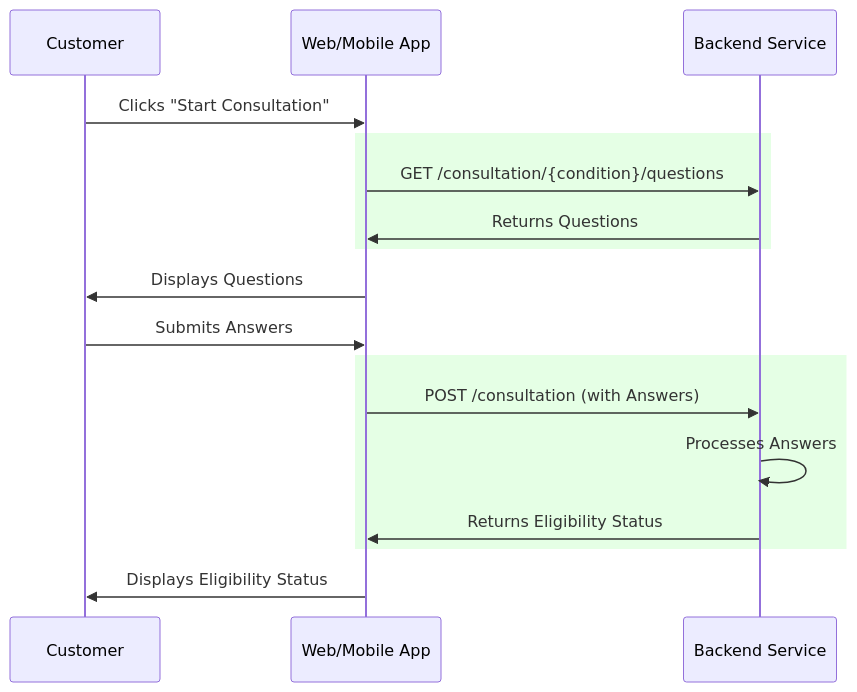
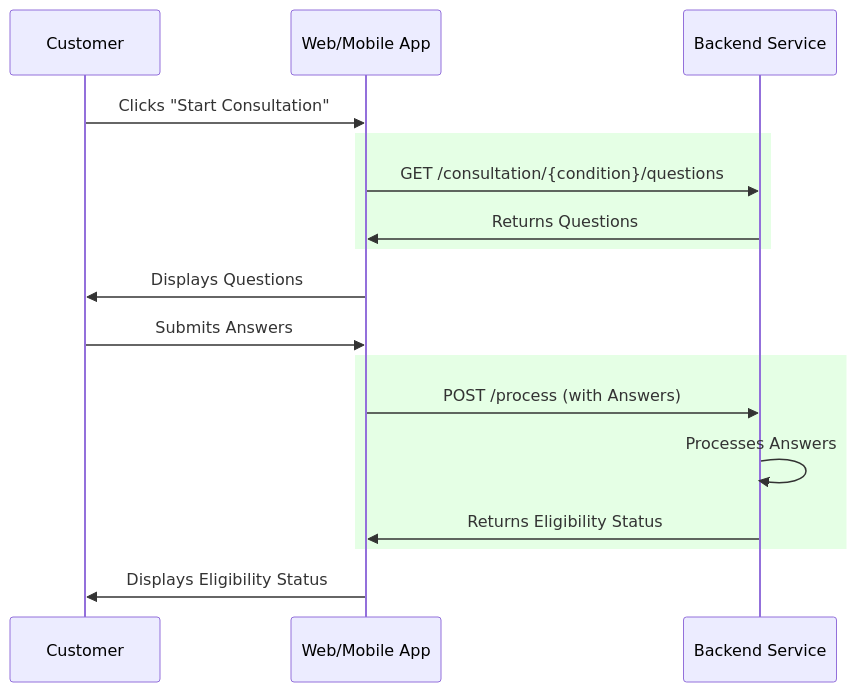
Before and after one commit to jwaterson/medexpress-consultation: the diagram in README.md, drawn with Mermaid. The commit also changed other lines of this file and 18 other files, not shown here.

````diff
--- a/README.md
+++ b/README.md
@@ -17,20 +17,20 @@
 ```mermaid
 sequenceDiagram
   participant Customer
   participant WebApp as Web/Mobile App
   participant Backend as Backend Service
 
   Customer ->> WebApp: Clicks "Start Consultation"
   rect rgba(0, 255, 0, 0.1)
   WebApp ->> Backend: GET /consultation/{condition}/questions
   Backend ->> WebApp: Returns Questions
   end
   WebApp ->> Customer: Displays Questions
   Customer ->> WebApp: Submits Answers
   rect rgba(0, 255, 0, 0.1)
-  WebApp ->> Backend: POST /consultation (with Answers)
+  WebApp ->> Backend: POST /process (with Answers)
   Backend ->> Backend: Processes Answers
   Backend ->> WebApp: Returns Eligibility Status
   end
   WebApp ->> Customer: Displays Eligibility Status
 ```
````
